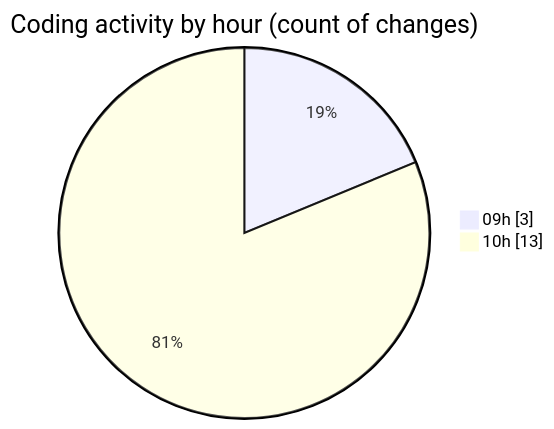
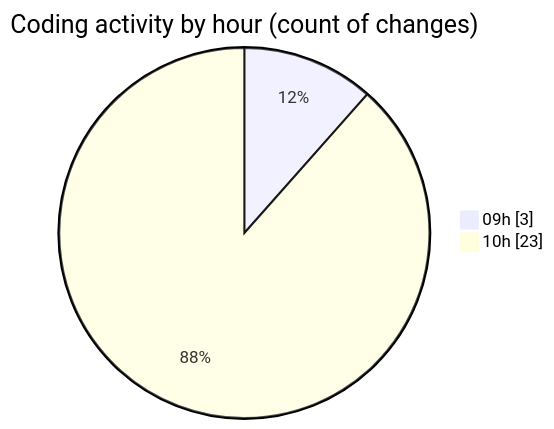
One commit to CELIANVF/code-tracking changed the second of 2 diagrams in 2025-05-02/ecodeli/README.md. Above: the diagram before and after it, drawn with Mermaid. The commit also changed other lines of this file and 1 other file, not shown here.

````diff
--- a/2025-05-02/ecodeli/README.md
+++ b/2025-05-02/ecodeli/README.md
@@ -40,6 +43,6 @@
 ```mermaid
 pie showData
 title Coding activity by hour (count of changes)
 "09h" : 3
-"10h" : 13
+"10h" : 23
 ```
````
